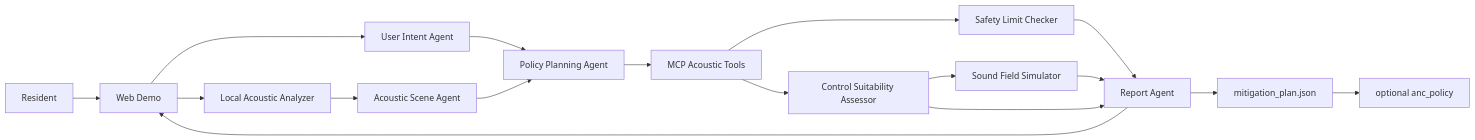
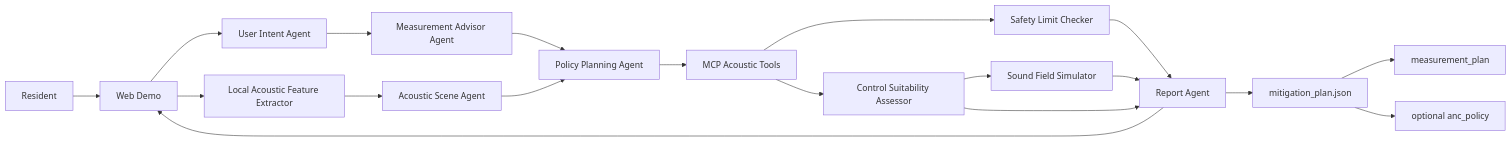
One commit to Tarnisher/noicecance-capstone changed the diagram in README.md. Above: the diagram before and after it, drawn with Mermaid. The commit also changed other lines of this file and 16 other files, not shown here.

Commit message:
Add local measurement workflow

````diff
--- a/README.md
+++ b/README.md
@@ -122,19 +130,21 @@
 ```mermaid
 flowchart LR
     U["Resident"] --> UI["Web Demo"]
     UI --> IA["User Intent Agent"]
-    UI --> LA["Local Acoustic Analyzer"]
+    IA --> MA["Measurement Advisor Agent"]
+    UI --> LA["Local Acoustic Feature Extractor"]
     LA --> SA["Acoustic Scene Agent"]
-    IA --> PA["Policy Planning Agent"]
+    MA --> PA["Policy Planning Agent"]
     SA --> PA
     PA --> MCP["MCP Acoustic Tools"]
     MCP --> FIT["Control Suitability Assessor"]
     FIT --> SIM["Sound Field Simulator"]
     MCP --> SAFE["Safety Limit Checker"]
     SAFE --> RA["Report Agent"]
     SIM --> RA
     FIT --> RA
     RA --> UI
     RA --> PLAN["mitigation_plan.json"]
+    PLAN --> MEASURE["measurement_plan"]
     PLAN --> ANC["optional anc_policy"]
 ```
````
